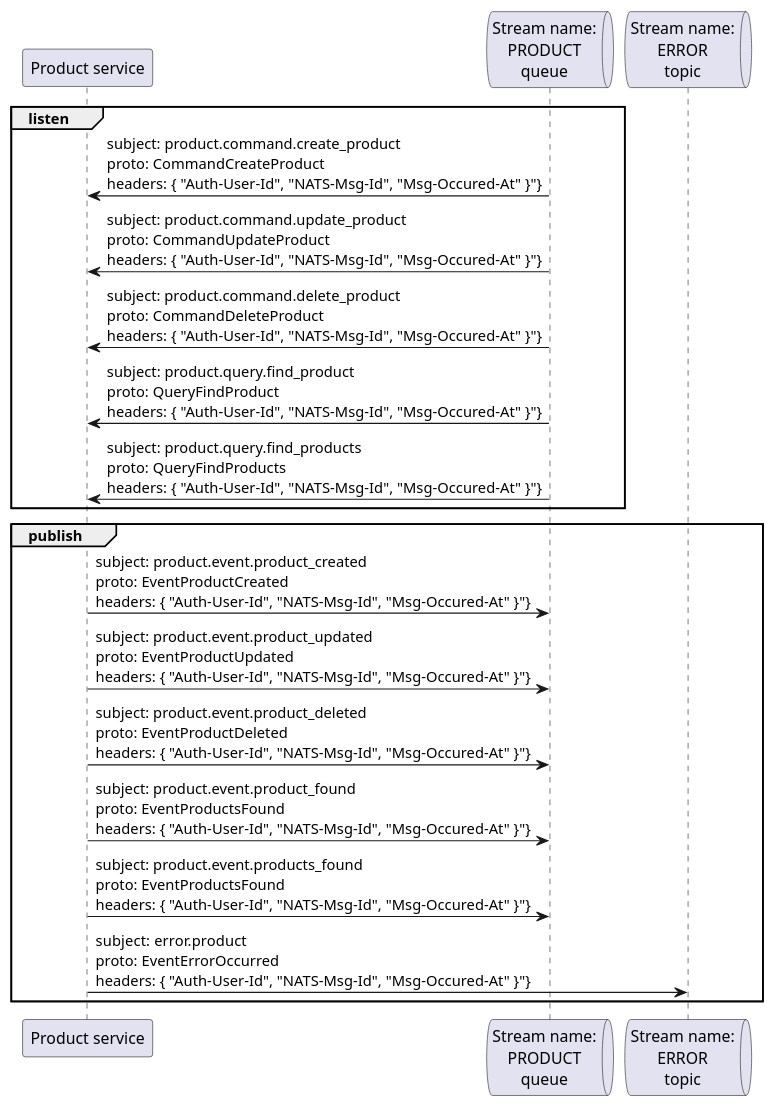
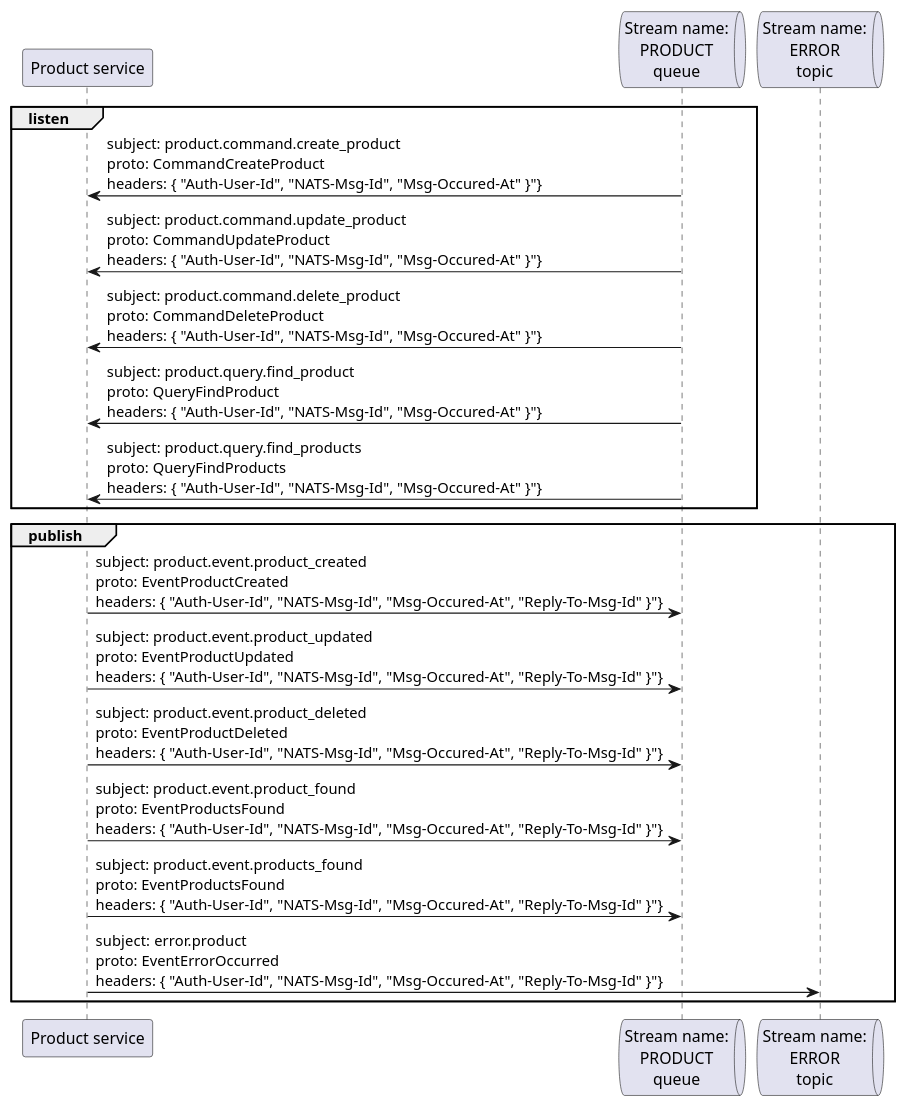
The diagram in product/events.wsd (Puena/auction), drawn with PlantUML before and after one commit. The commit also changed 17 other files, not shown here.

```diff
--- a/product/events.wsd
+++ b/product/events.wsd
@@ -1,23 +1,23 @@
 @startuml
 participant "Product service" as ps
 queue "Stream name:\nPRODUCT\nqueue" as pq
 queue "Stream name:\nERROR\ntopic" as eq
 
 group listen
 pq -> ps: subject: product.command.create_product\nproto: CommandCreateProduct\nheaders: { "Auth-User-Id", "NATS-Msg-Id", "Msg-Occured-At" }"}
 pq -> ps: subject: product.command.update_product\nproto: CommandUpdateProduct\nheaders: { "Auth-User-Id", "NATS-Msg-Id", "Msg-Occured-At" }"}
 pq -> ps: subject: product.command.delete_product\nproto: CommandDeleteProduct\nheaders: { "Auth-User-Id", "NATS-Msg-Id", "Msg-Occured-At" }"}
 pq -> ps: subject: product.query.find_product\nproto: QueryFindProduct\nheaders: { "Auth-User-Id", "NATS-Msg-Id", "Msg-Occured-At" }"}
 pq -> ps: subject: product.query.find_products\nproto: QueryFindProducts\nheaders: { "Auth-User-Id", "NATS-Msg-Id", "Msg-Occured-At" }"}
 end
 
 group publish
-ps -> pq: subject: product.event.product_created\nproto: EventProductCreated\nheaders: { "Auth-User-Id", "NATS-Msg-Id", "Msg-Occured-At" }"}
-ps -> pq: subject: product.event.product_updated\nproto: EventProductUpdated\nheaders: { "Auth-User-Id", "NATS-Msg-Id", "Msg-Occured-At" }"}
-ps -> pq: subject: product.event.product_deleted\nproto: EventProductDeleted\nheaders: { "Auth-User-Id", "NATS-Msg-Id", "Msg-Occured-At" }"}
-ps -> pq: subject: product.event.product_found\nproto: EventProductsFound\nheaders: { "Auth-User-Id", "NATS-Msg-Id", "Msg-Occured-At" }"}
-ps -> pq: subject: product.event.products_found\nproto: EventProductsFound\nheaders: { "Auth-User-Id", "NATS-Msg-Id", "Msg-Occured-At" }"}
-ps -> eq: subject: error.product\nproto: EventErrorOccurred\nheaders: { "Auth-User-Id", "NATS-Msg-Id", "Msg-Occured-At" }"}
+ps -> pq: subject: product.event.product_created\nproto: EventProductCreated\nheaders: { "Auth-User-Id", "NATS-Msg-Id", "Msg-Occured-At", "Reply-To-Msg-Id" }"}
+ps -> pq: subject: product.event.product_updated\nproto: EventProductUpdated\nheaders: { "Auth-User-Id", "NATS-Msg-Id", "Msg-Occured-At", "Reply-To-Msg-Id" }"}
+ps -> pq: subject: product.event.product_deleted\nproto: EventProductDeleted\nheaders: { "Auth-User-Id", "NATS-Msg-Id", "Msg-Occured-At", "Reply-To-Msg-Id" }"}
+ps -> pq: subject: product.event.product_found\nproto: EventProductsFound\nheaders: { "Auth-User-Id", "NATS-Msg-Id", "Msg-Occured-At", "Reply-To-Msg-Id" }"}
+ps -> pq: subject: product.event.products_found\nproto: EventProductsFound\nheaders: { "Auth-User-Id", "NATS-Msg-Id", "Msg-Occured-At", "Reply-To-Msg-Id" }"}
+ps -> eq: subject: error.product\nproto: EventErrorOccurred\nheaders: { "Auth-User-Id", "NATS-Msg-Id", "Msg-Occured-At", "Reply-To-Msg-Id" }"}
 end
 
 @enduml
```
